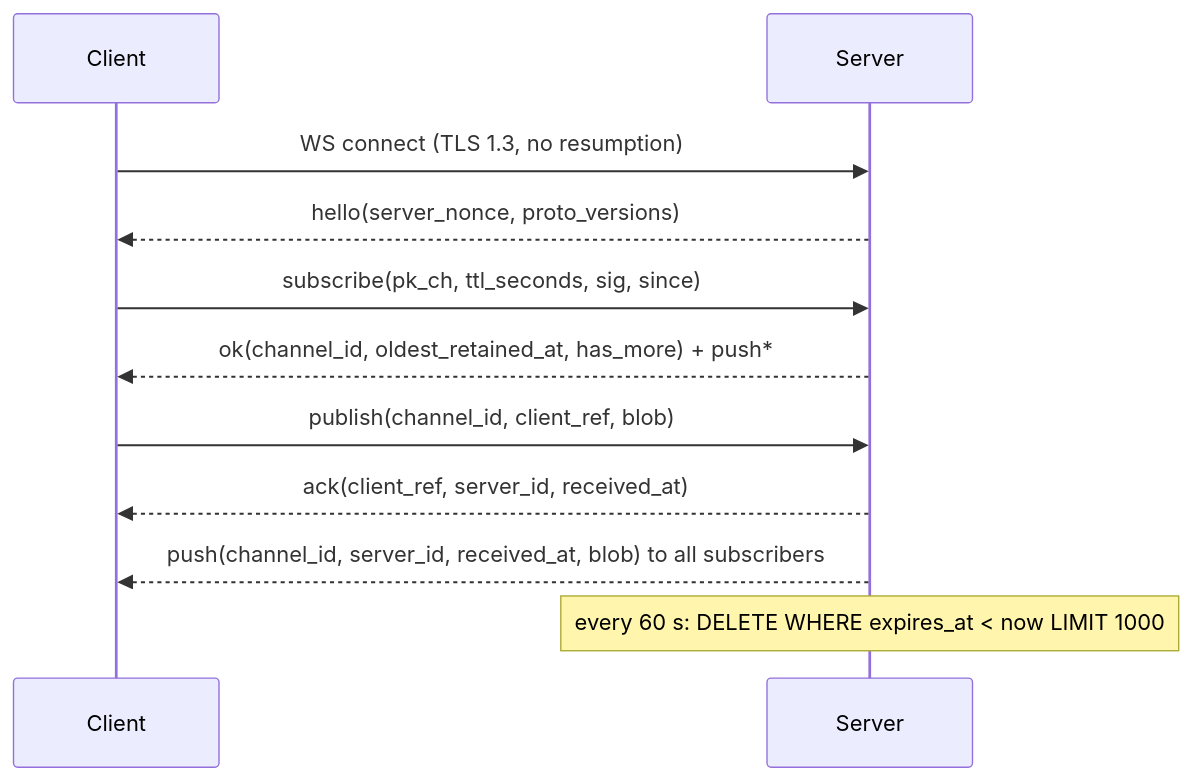
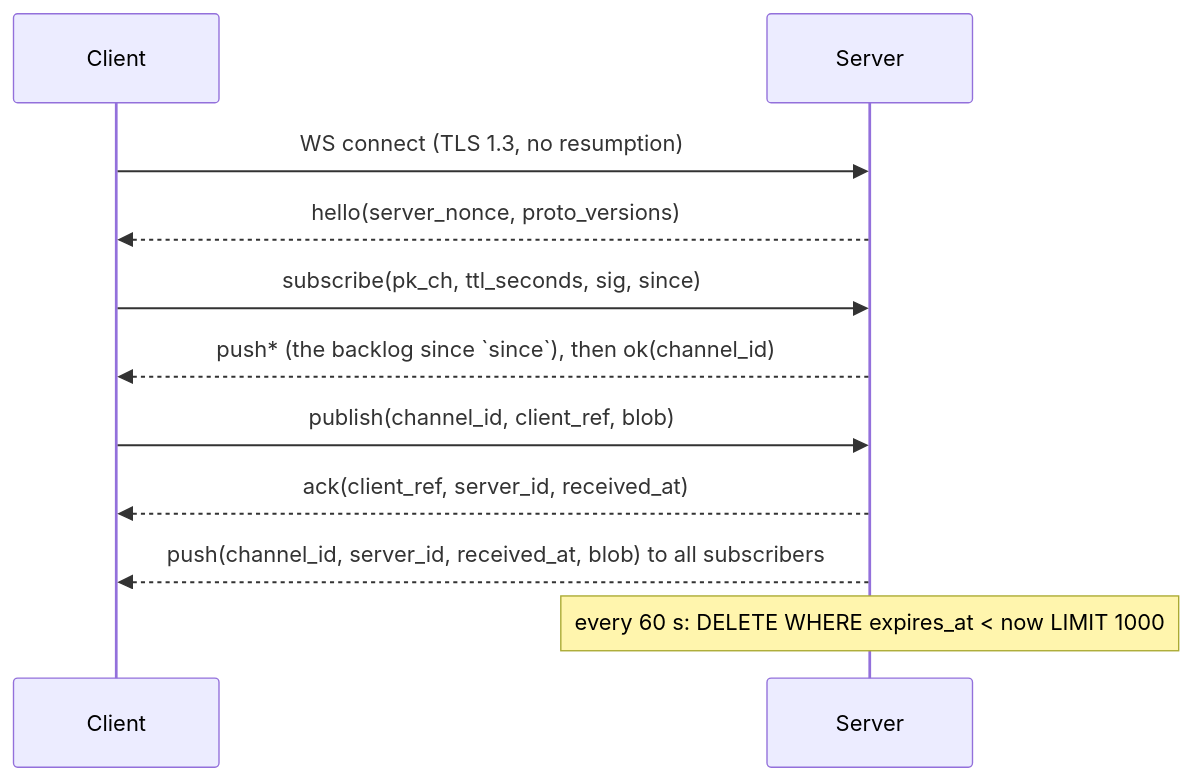
One commit to maarcv/privatechat changed the first of 4 diagrams in docs/spec.md. Above: the diagram before and after it, drawn with Mermaid. The commit also changed other lines of this file and 11 other files, not shown here.

````diff
--- a/docs/spec.md
+++ b/docs/spec.md
@@ -287,13 +287,13 @@
 ```mermaid
 sequenceDiagram
     participant C as Client
     participant S as Server
     C->>S: WS connect (TLS 1.3, no resumption)
     S-->>C: hello(server_nonce, proto_versions)
     C->>S: subscribe(pk_ch, ttl_seconds, sig, since)
-    S-->>C: ok(channel_id, oldest_retained_at, has_more) + push*
+    S-->>C: push* (the backlog since `since`), then ok(channel_id)
     C->>S: publish(channel_id, client_ref, blob)
     S-->>C: ack(client_ref, server_id, received_at)
     S-->>C: push(channel_id, server_id, received_at, blob) to all subscribers
     Note over S: every 60 s: DELETE WHERE expires_at < now LIMIT 1000
 ```
````
